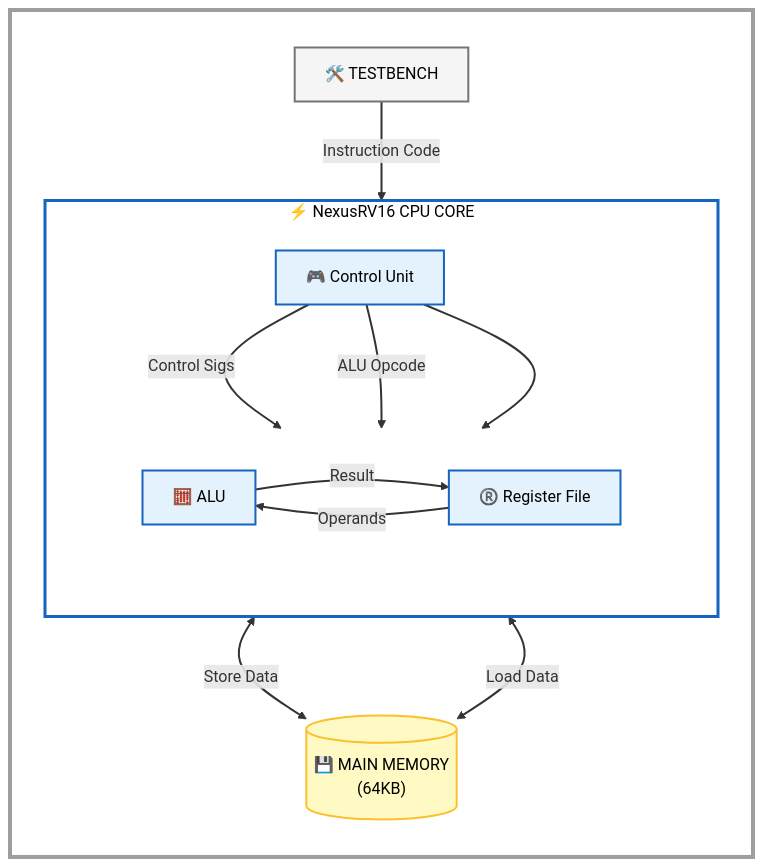
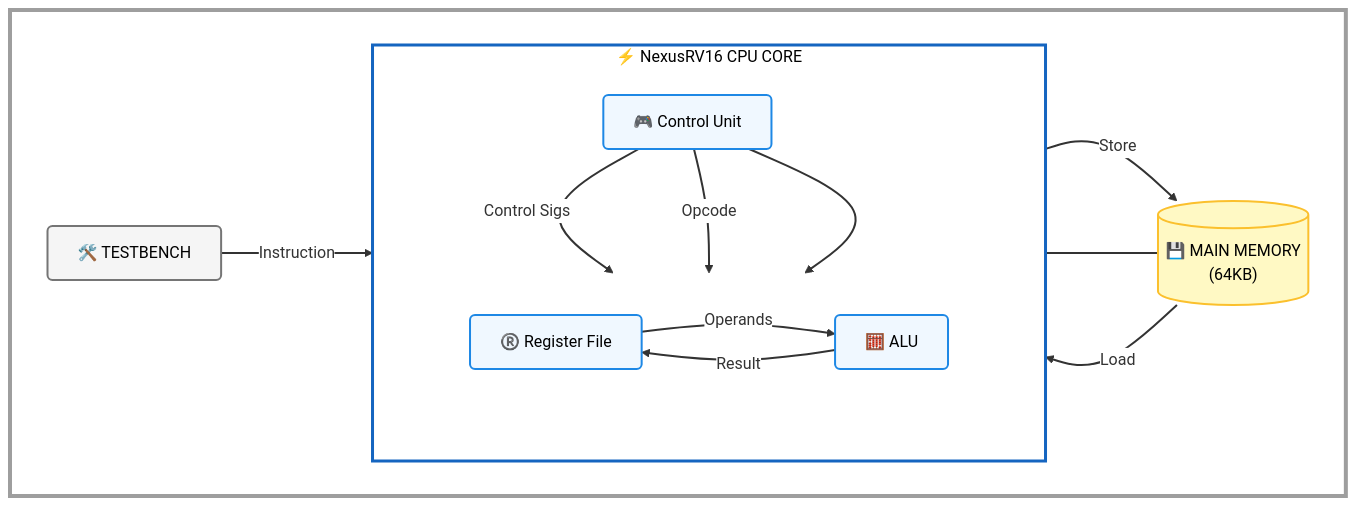
The diagram in README.md (musakartalengin/NexusRV16), drawn with Mermaid before and after one commit.

Commit message:
Revert to LR layout with fixed label visibility

````diff
--- a/README.md
+++ b/README.md
@@ -15,72 +15,76 @@
 ```mermaid
-graph TB
+%%{init: {'theme': 'base', 'themeVariables': { 'edgeLabelBackground': '#ffffff', 'tertiaryColor': '#ffffff', 'primaryColor': '#ffffff'}}}%%
+graph LR
     %% =========================================================
-    %% TEMA VE STİL AYARLARI 
+    %% TEMA: YATAY DÜZEN (Temiz Beyaz Arka Plan)
     %% =========================================================
     linkStyle default interpolate basis stroke:#333333,stroke-width:2px;
 
     %% BEYAZ TUVAL KAPSAYICISI
     subgraph CANVAS [ <br/> ]
-        direction TB
+        direction LR
 
         %% 🎨 RENK PALETİ
         classDef canvas fill:#ffffff,stroke:#333333,stroke-width:2px;
-        classDef block fill:#e3f2fd,stroke:#1565c0,stroke-width:2px,color:#000000;
-        classDef memory fill:#fff9c4,stroke:#fbc02d,stroke-width:2px,color:#000000;
-        classDef external fill:#f5f5f5,stroke:#757575,stroke-width:2px,color:#000000;
-        
+        classDef block fill:#f0f8ff,stroke:#1e88e5,stroke-width:2px,color:#000000,rx:5,ry:5;
+        classDef memory fill:#fff9c4,stroke:#fbc02d,stroke-width:2px,color:#000000,rx:0,ry:0;
+        classDef external fill:#f5f5f5,stroke:#757575,stroke-width:2px,color:#000000,rx:5,ry:5;
+
         %% =====================================================
-        %% 1. EN ÜST KATMAN: GİRİŞ
+        %% 1. SOL: TEST ORTAMI
         %% =====================================================
         TB["🛠️ TESTBENCH"]:::external
 
         %% =====================================================
-        %% 2. ORTA KATMAN: CPU CORE
+        %% 2. ORTA: PROCESOR ÇEKİRDEĞİ
         %% =====================================================
         subgraph CPU_FRAME [⚡ NexusRV16 CPU CORE]
             direction TB
             
             CTRL["🎮 Control Unit"]:::block
             
-            subgraph DATA_PATH [ ]
+            %% Datapath'i yatayda hizala
+            subgraph DP_LAYER [ ]
                 direction LR
+                REGS["®️ Register File"]:::block
                 ALU["🧮 ALU"]:::block
-                REGS["®️ Register File"]:::block
             end
             
-            %% Hiyerarşik Bağlar
-            CTRL --> DATA_PATH
+            %% Hiyerarşi: Kontrol üstte, Datapath altta
+            CTRL --> DP_LAYER
         end
 
         %% =====================================================
-        %% 3. ALT KATMAN: BELLEK
+        %% 3. SAĞ: BELLEK (Yan hizada)
         %% =====================================================
         RAM[("💾 MAIN MEMORY<br/>(64KB)")]:::memory
 
         %% =====================================================
-        %% BAĞLANTILAR (Yukarıdan Aşağıya Akış)
+        %% BAĞLANTILAR
         %% =====================================================
         
         %% Testbench -> Control
-        TB == "Instruction Code" ==> CTRL
+        TB == "Instruction" ==> CTRL
 
-        %% Control -> Data Path
+        %% Control Sinyalleri (Temiz Dağılım)
         CTRL -- "Control Sigs" --> REGS
-        CTRL -- "ALU Opcode" --> ALU
-
-        %% ALU <-> Regs Döngüsü
+        CTRL -- "Opcode" --> ALU
+        
+        %% ALU işlem döngüsü
         REGS -- "Operands" --> ALU
         ALU -- "Result" --> REGS
 
-        %% CPU <-> RAM (Daha temiz hatlar)
-        REGS <== "Store Data" ==> RAM
-        RAM <== "Load Data" ==> REGS
+        %% RAM Bağlantısı (Kesişmeyi Önleyen Rota)
+        REGS ==>|Store| RAM
+        RAM ==>|Load| REGS
 
+        %% Hizalama: RAM'i DP_LAYER ile hizala
+        DP_LAYER ~~~ RAM
     end
     
     %% STİL
     style CANVAS fill:#ffffff,stroke:#9e9e9e,stroke-width:4px
     style CPU_FRAME fill:#ffffff,stroke:#1565c0,stroke-width:3px,color:#000000
-    style DATA_PATH fill:none,stroke:none
+    style DP_LAYER fill:none,stroke:none
 
 ```
````
